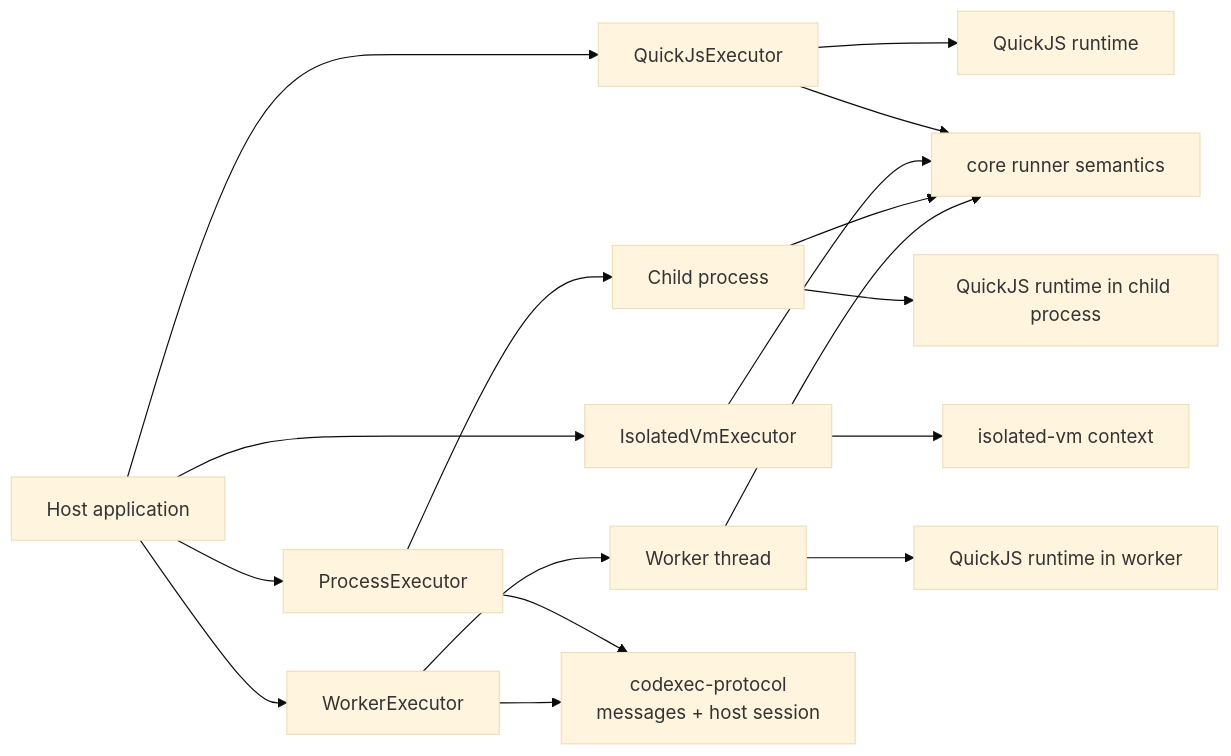
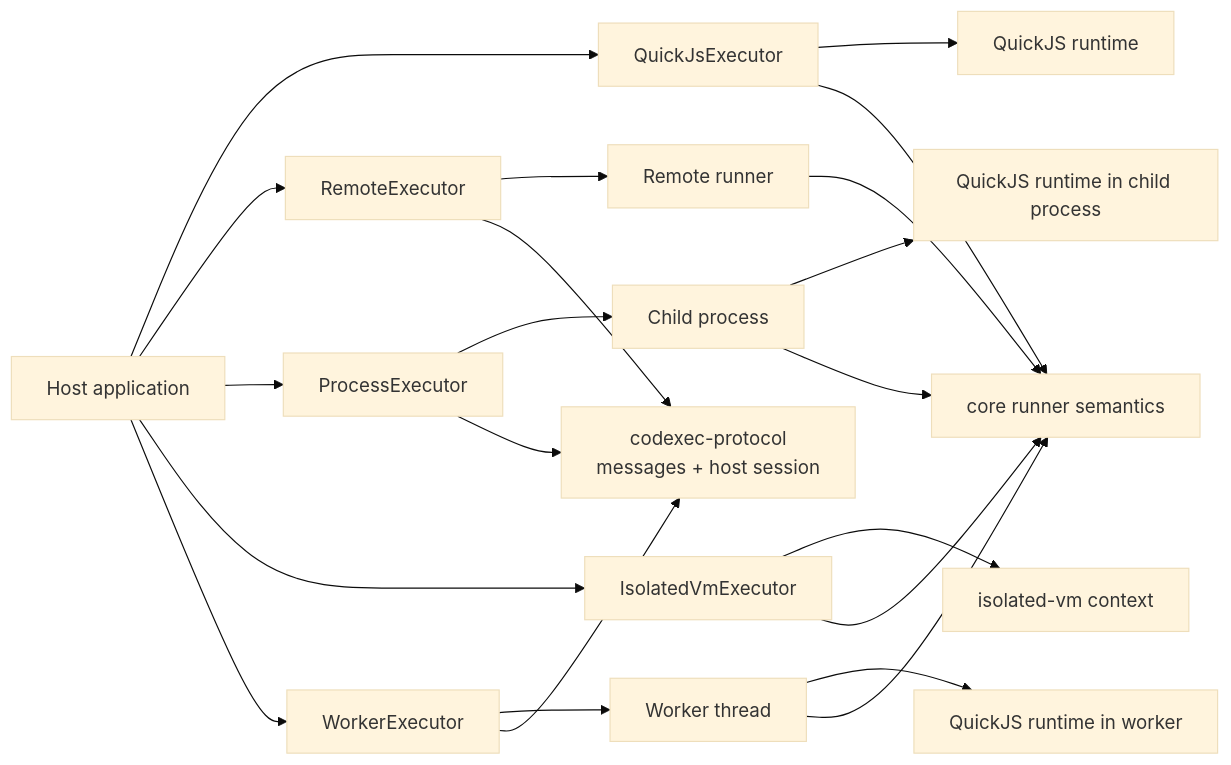
One commit to aallam/mcploom changed the first of 3 diagrams in docs/codexec/architecture/codexec-executors.md. Above: the diagram before and after it, drawn with Mermaid (base theme). The commit also changed other lines of this file and 36 other files, not shown here.

Commit message:
feat(codexec): add remote executor boundary (#19)

````diff
--- a/docs/codexec/architecture/codexec-executors.md
+++ b/docs/codexec/architecture/codexec-executors.md
@@ -14,27 +15,32 @@
 ```mermaid
 flowchart LR
     HOST["Host application"]
     QJS["QuickJsExecutor"]
     QJSRT["QuickJS runtime"]
+    REM["RemoteExecutor"]
+    REMRT["Remote runner"]
     PROC["ProcessExecutor"]
     PROCCHILD["Child process"]
     IVM["IsolatedVmExecutor"]
     IVMRT["isolated-vm context"]
     WORKER["WorkerExecutor"]
     THREAD["Worker thread"]
     RUNNER["core runner semantics"]
     PROTO["codexec-protocol<br/>messages + host session"]
     WQJS["QuickJS runtime in worker"]
     PQJS["QuickJS runtime in child process"]
 
     HOST --> QJS --> QJSRT
+    HOST --> REM --> REMRT
     HOST --> PROC --> PROCCHILD --> PQJS
     HOST --> IVM --> IVMRT
     HOST --> WORKER --> THREAD --> WQJS
     QJS --> RUNNER
+    REM --> PROTO
+    REMRT --> RUNNER
     IVM --> RUNNER
     PROC --> PROTO
     WORKER --> PROTO
     PROCCHILD --> RUNNER
     THREAD --> RUNNER
 ```
````
